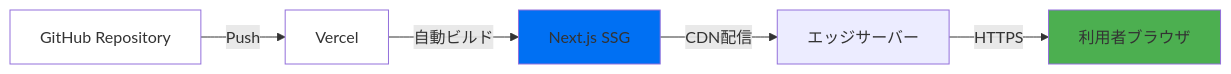
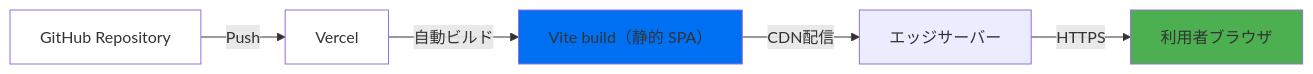
One commit to guchipa/chordlens changed the fourth of 4 diagrams in docs/SPECIFICATION.md. Above: the diagram before and after it, drawn with Mermaid. The commit also changed other lines of this file and 246 other files, not shown here.

````diff
--- a/docs/SPECIFICATION.md
+++ b/docs/SPECIFICATION.md
@@ -233,12 +233,12 @@
 ```mermaid
 graph LR
     A[GitHub Repository] -->|Push| B[Vercel];
-    B -->|自動ビルド| C[Next.js SSG];
+    B -->|自動ビルド| C[Vite build（静的 SPA）];
     C -->|CDN配信| D[エッジサーバー];
     D -->|HTTPS| E[利用者ブラウザ];
     
     style A fill:#fff
     style B fill:#fff
     style C fill:#0070f3
     style E fill:#4caf50
 ```
````
